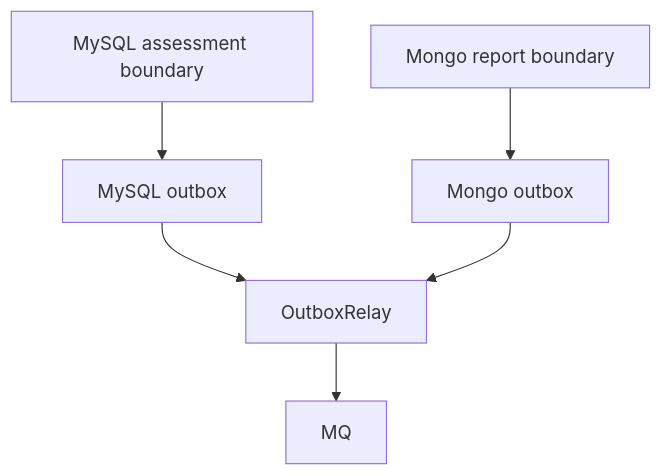
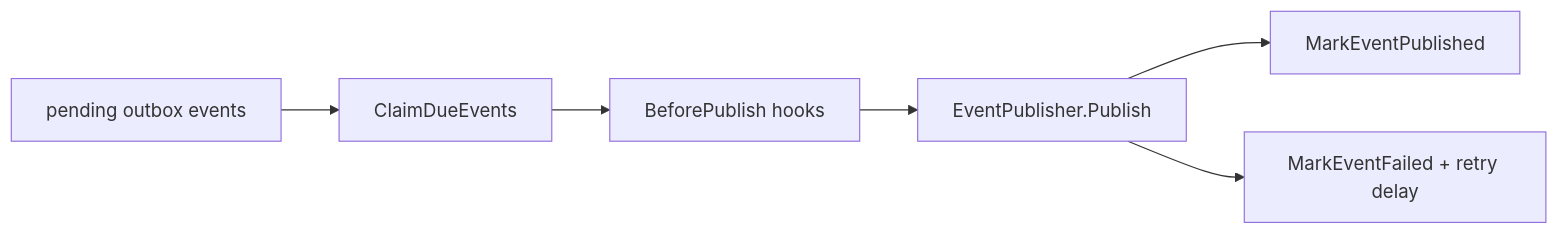
The fourth of 4 diagrams in docs/02-业务模块/evaluation/04-Outbox与事件.md (FangcunMount/qs-server), drawn with Mermaid before and after one commit. The commit also changed other lines of this file and 8 other files, not shown here.

````diff
--- a/docs/02-业务模块/evaluation/04-Outbox与事件.md
+++ b/docs/02-业务模块/evaluation/04-Outbox与事件.md
@@ -39,8 +306,8 @@
 ```mermaid
-flowchart TB
-    mysql["MySQL assessment boundary"] --> mysqlOutbox["MySQL outbox"]
-    mongo["Mongo report boundary"] --> mongoOutbox["Mongo outbox"]
-    mysqlOutbox --> relay["OutboxRelay"]
-    mongoOutbox --> relay
-    relay --> mq["MQ"]
+flowchart LR
+    pending["pending outbox events"] --> claim["ClaimDueEvents"]
+    claim --> hooks["BeforePublish hooks"]
+    hooks --> publish["EventPublisher.Publish"]
+    publish --> ok["MarkEventPublished"]
+    publish --> fail["MarkEventFailed + retry delay"]
 ```
````
